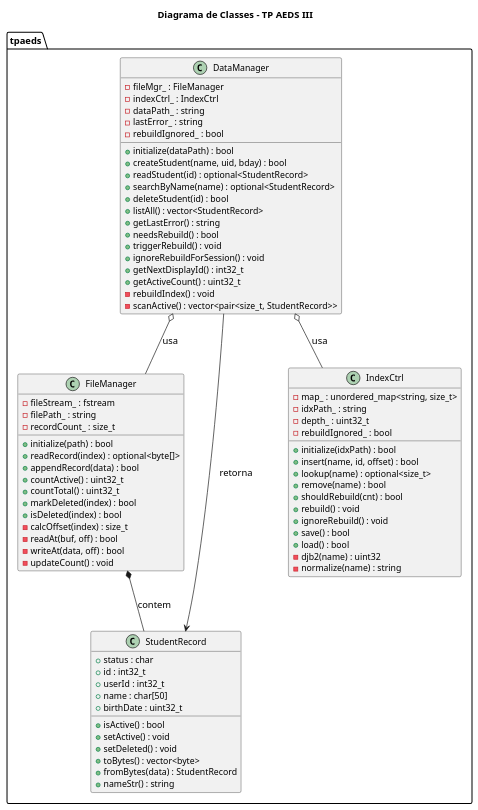
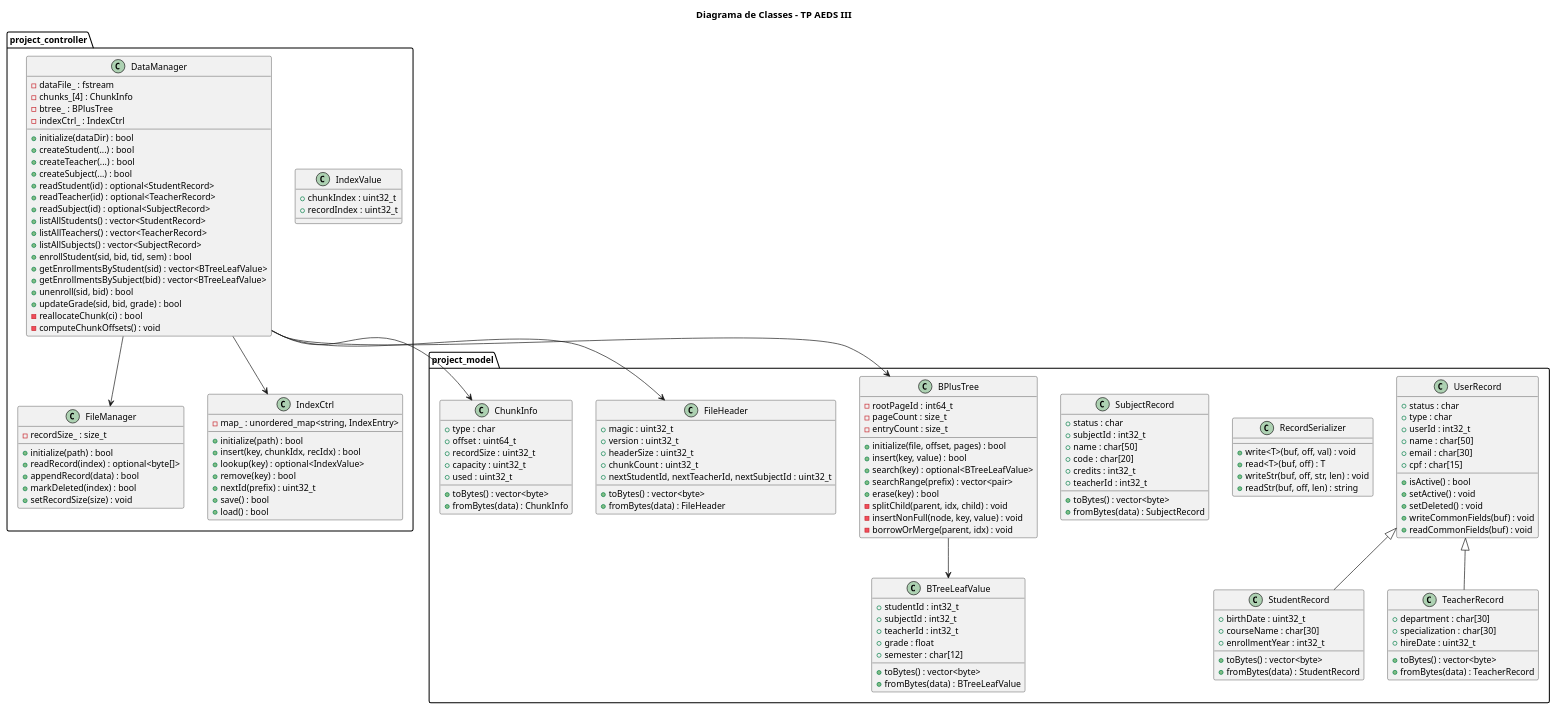
Before and after one commit to tuliofh01/TP-AEDSIII: the diagram in docs/UML Diagrams/diagrama_classes.puml, drawn with PlantUML. The commit also changed 31 other files, not shown here.

```diff
--- a/docs/UML Diagrams/diagrama_classes.puml
+++ b/docs/UML Diagrams/diagrama_classes.puml
@@ -1,90 +1,163 @@
 @startuml diagrama_classes
-' Diagrama de Classes UML - Nova Arquitetura com namespaces
-
 skinparam backgroundColor #FFFFFF
-skinparam defaultFontSize 14
-skinparam classAttributeFontSize 13
-
+skinparam defaultFontSize 13
 title Diagrama de Classes - TP AEDS III
 
-namespace tpaeds {
+namespace project_model {
+
+    class RecordSerializer {
+        + write<T>(buf, off, val) : void
+        + read<T>(buf, off) : T
+        + writeStr(buf, off, str, len) : void
+        + readStr(buf, off, len) : string
+    }
+
+    class UserRecord {
+        + status : char
+        + type : char
+        + userId : int32_t
+        + name : char[50]
+        + email : char[30]
+        + cpf : char[15]
+        + isActive() : bool
+        + setActive() : void
+        + setDeleted() : void
+        + writeCommonFields(buf) : void
+        + readCommonFields(buf) : void
+    }
+
+    class StudentRecord {
+        + birthDate : uint32_t
+        + courseName : char[30]
+        + enrollmentYear : int32_t
+        + toBytes() : vector<byte>
+        + fromBytes(data) : StudentRecord
+    }
+
+    class TeacherRecord {
+        + department : char[30]
+        + specialization : char[30]
+        + hireDate : uint32_t
+        + toBytes() : vector<byte>
+        + fromBytes(data) : TeacherRecord
+    }
+
+    class SubjectRecord {
+        + status : char
+        + subjectId : int32_t
+        + name : char[50]
+        + code : char[20]
+        + credits : int32_t
+        + teacherId : int32_t
+        + toBytes() : vector<byte>
+        + fromBytes(data) : SubjectRecord
+    }
+
+    class BTreeLeafValue {
+        + studentId : int32_t
+        + subjectId : int32_t
+        + teacherId : int32_t
+        + grade : float
+        + semester : char[12]
+        + toBytes() : vector<byte>
+        + fromBytes(data) : BTreeLeafValue
+    }
+
+    class BPlusTree {
+        - rootPageId : int64_t
+        - pageCount : size_t
+        - entryCount : size_t
+        + initialize(file, offset, pages) : bool
+        + insert(key, value) : bool
+        + search(key) : optional<BTreeLeafValue>
+        + searchRange(prefix) : vector<pair>
+        + erase(key) : bool
+        - splitChild(parent, idx, child) : void
+        - insertNonFull(node, key, value) : void
+        - borrowOrMerge(parent, idx) : void
+    }
+
+    class FileHeader {
+        + magic : uint32_t
+        + version : uint32_t
+        + headerSize : uint32_t
+        + chunkCount : uint32_t
+        + nextStudentId, nextTeacherId, nextSubjectId : uint32_t
+        + toBytes() : vector<byte>
+        + fromBytes(data) : FileHeader
+    }
+
+    class ChunkInfo {
+        + type : char
+        + offset : uint64_t
+        + recordSize : uint32_t
+        + capacity : uint32_t
+        + used : uint32_t
+        + toBytes() : vector<byte>
+        + fromBytes(data) : ChunkInfo
+    }
+
+    StudentRecord -up-|> UserRecord
+    TeacherRecord -up-|> UserRecord
+    BPlusTree --> BTreeLeafValue
+}
+
+namespace project_controller {
 
     class FileManager {
-        - fileStream_ : fstream
-        - filePath_ : string
-        - recordCount_ : size_t
+        - recordSize_ : size_t
         + initialize(path) : bool
         + readRecord(index) : optional<byte[]>
         + appendRecord(data) : bool
-        + countActive() : uint32_t
-        + countTotal() : uint32_t
         + markDeleted(index) : bool
-        + isDeleted(index) : bool
-        - calcOffset(index) : size_t
-        - readAt(buf, off) : bool
-        - writeAt(data, off) : bool
-        - updateCount() : void
+        + setRecordSize(size) : void
     }
 
-    class StudentRecord {
-        + status : char
-        + id : int32_t
-        + userId : int32_t
-        + name : char[50]
-        + birthDate : uint32_t
-        + isActive() : bool
-        + setActive() : void
-        + setDeleted() : void
-        + toBytes() : vector<byte>
-        + fromBytes(data) : StudentRecord
-        + nameStr() : string
+    class IndexValue {
+        + chunkIndex : uint32_t
+        + recordIndex : uint32_t
     }
 
     class IndexCtrl {
-        - map_ : unordered_map<string, size_t>
-        - idxPath_ : string
-        - depth_ : uint32_t
-        - rebuildIgnored_ : bool
-        + initialize(idxPath) : bool
-        + insert(name, id, offset) : bool
-        + lookup(name) : optional<size_t>
-        + remove(name) : bool
-        + shouldRebuild(cnt) : bool
-        + rebuild() : void
-        + ignoreRebuild() : void
+        - map_ : unordered_map<string, IndexEntry>
+        + initialize(path) : bool
+        + insert(key, chunkIdx, recIdx) : bool
+        + lookup(key) : optional<IndexValue>
+        + remove(key) : bool
+        + nextId(prefix) : uint32_t
         + save() : bool
         + load() : bool
-        - djb2(name) : uint32
-        - normalize(name) : string
     }
 
     class DataManager {
-        - fileMgr_ : FileManager
+        - dataFile_ : fstream
+        - chunks_[4] : ChunkInfo
+        - btree_ : BPlusTree
         - indexCtrl_ : IndexCtrl
-        - dataPath_ : string
-        - lastError_ : string
-        - rebuildIgnored_ : bool
-        + initialize(dataPath) : bool
-        + createStudent(name, uid, bday) : bool
+        + initialize(dataDir) : bool
+        + createStudent(...) : bool
+        + createTeacher(...) : bool
+        + createSubject(...) : bool
         + readStudent(id) : optional<StudentRecord>
-        + searchByName(name) : optional<StudentRecord>
-        + deleteStudent(id) : bool
-        + listAll() : vector<StudentRecord>
-        + getLastError() : string
-        + needsRebuild() : bool
-        + triggerRebuild() : void
-        + ignoreRebuildForSession() : void
-        + getNextDisplayId() : int32_t
-        + getActiveCount() : uint32_t
-        - rebuildIndex() : void
-        - scanActive() : vector<pair<size_t, StudentRecord>>
+        + readTeacher(id) : optional<TeacherRecord>
+        + readSubject(id) : optional<SubjectRecord>
+        + listAllStudents() : vector<StudentRecord>
+        + listAllTeachers() : vector<TeacherRecord>
+        + listAllSubjects() : vector<SubjectRecord>
+        + enrollStudent(sid, bid, tid, sem) : bool
+        + getEnrollmentsByStudent(sid) : vector<BTreeLeafValue>
+        + getEnrollmentsBySubject(bid) : vector<BTreeLeafValue>
+        + unenroll(sid, bid) : bool
+        + updateGrade(sid, bid, grade) : bool
+        - reallocateChunk(ci) : bool
+        - computeChunkOffsets() : void
     }
 
-    FileManager *-- StudentRecord : contem
-    DataManager o-- FileManager : usa
-    DataManager o-- IndexCtrl : usa
-    DataManager --> StudentRecord : retorna
-
+    DataManager --> BPlusTree
+    DataManager --> IndexCtrl
+    DataManager --> FileManager
+    DataManager --> ChunkInfo
+    DataManager --> FileHeader
 }
 
 @enduml
```
